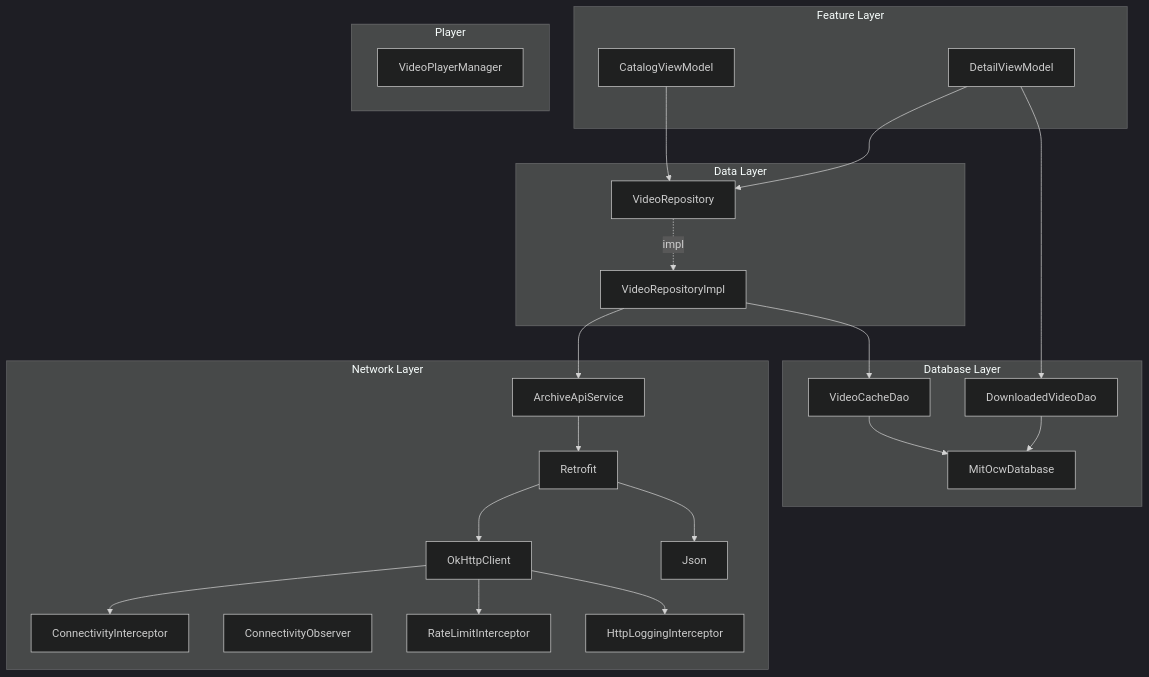
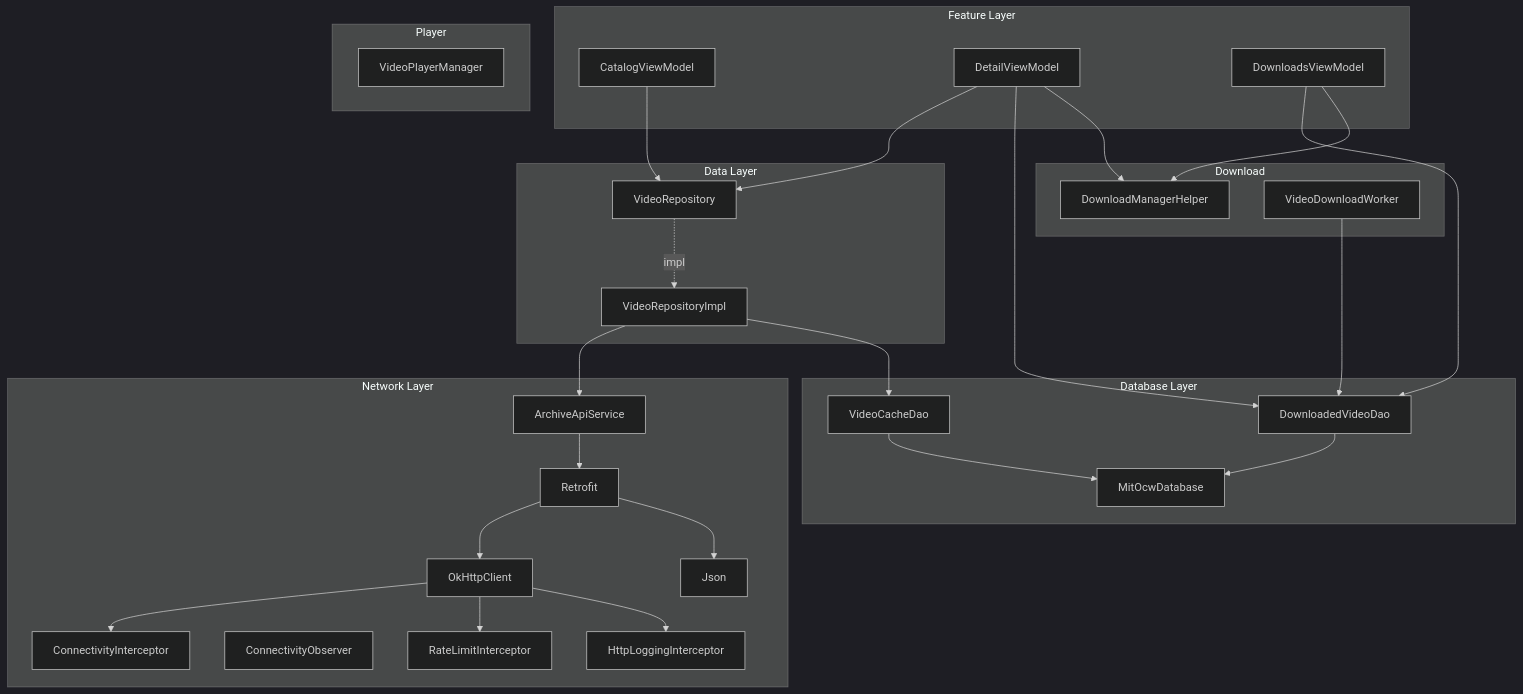
Before and after one commit to prayogizan/IMIT: the diagram in engineer_docs/dependency_injection.md, drawn with Mermaid (dark theme). The commit also changed other lines of this file and 8 other files, not shown here.

First line of the commit message:
Integrate DownloadManagerHelper and implement background download enqueuing

````diff
--- a/engineer_docs/dependency_injection.md
+++ b/engineer_docs/dependency_injection.md
@@ -164,48 +175,58 @@
 ```mermaid
 graph TD
     subgraph "Feature Layer"
         CVM[CatalogViewModel]
         DVM[DetailViewModel]
+        DMVM[DownloadsViewModel]
     end
 
     subgraph "Data Layer"
         VR[VideoRepository]
         VRI[VideoRepositoryImpl]
     end
 
     subgraph "Network Layer"
         API[ArchiveApiService]
         RET[Retrofit]
         OKH[OkHttpClient]
         JSON[Json]
         CI[ConnectivityInterceptor]
         CO[ConnectivityObserver]
         RI[RateLimitInterceptor]
         LI[HttpLoggingInterceptor]
     end
 
     subgraph "Database Layer"
         DB[MitOcwDatabase]
         VCD[VideoCacheDao]
         DVD[DownloadedVideoDao]
     end
 
     subgraph "Player"
         PM[VideoPlayerManager]
     end
 
+    subgraph "Download"
+        DMH[DownloadManagerHelper]
+        VDW[VideoDownloadWorker]
+    end
+
     CVM --> VR
     DVM --> VR
     DVM --> DVD
+    DVM --> DMH
+    DMVM --> DVD
+    DMVM --> DMH
+    VDW --> DVD
     VR -.->|"impl"| VRI
     VRI --> API
     VRI --> VCD
     API --> RET
     RET --> OKH
     RET --> JSON
     OKH --> CI
     OKH --> RI
     OKH --> LI
     VCD --> DB
     DVD --> DB
 ```
````
